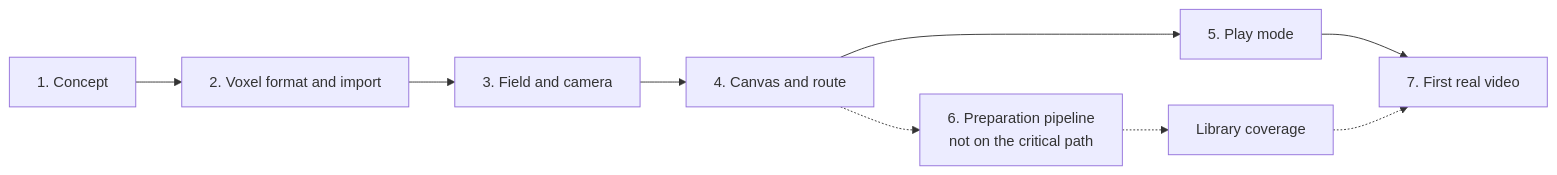
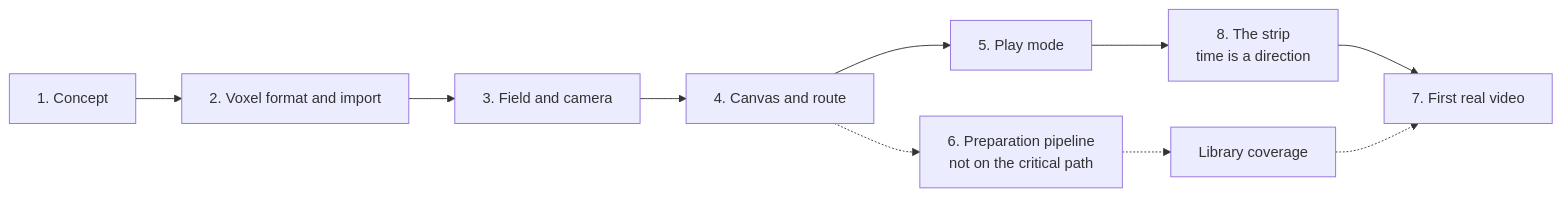
The diagram in trail/requirements/00-plan.md (MoAbboud/PortFolio), drawn with Mermaid before and after one commit. The commit also changed other lines of this file and 4 other files, not shown here.

````diff
--- a/trail/requirements/00-plan.md
+++ b/trail/requirements/00-plan.md
@@ -34,11 +46,12 @@
 ```mermaid
 flowchart LR
     S1[1. Concept] --> S3[2. Voxel format and import]
     S3 --> S2[3. Field and camera]
     S2 --> S4[4. Canvas and route]
     S4 --> S5[5. Play mode]
-    S5 --> S8[7. First real video]
+    S5 --> S9[8. The strip<br/>time is a direction]
+    S9 --> S8[7. First real video]
     S4 -.-> S6[6. Preparation pipeline<br/>not on the critical path]
     S6 -.-> S7[Library coverage]
     S7 -.-> S8
 ```
````
